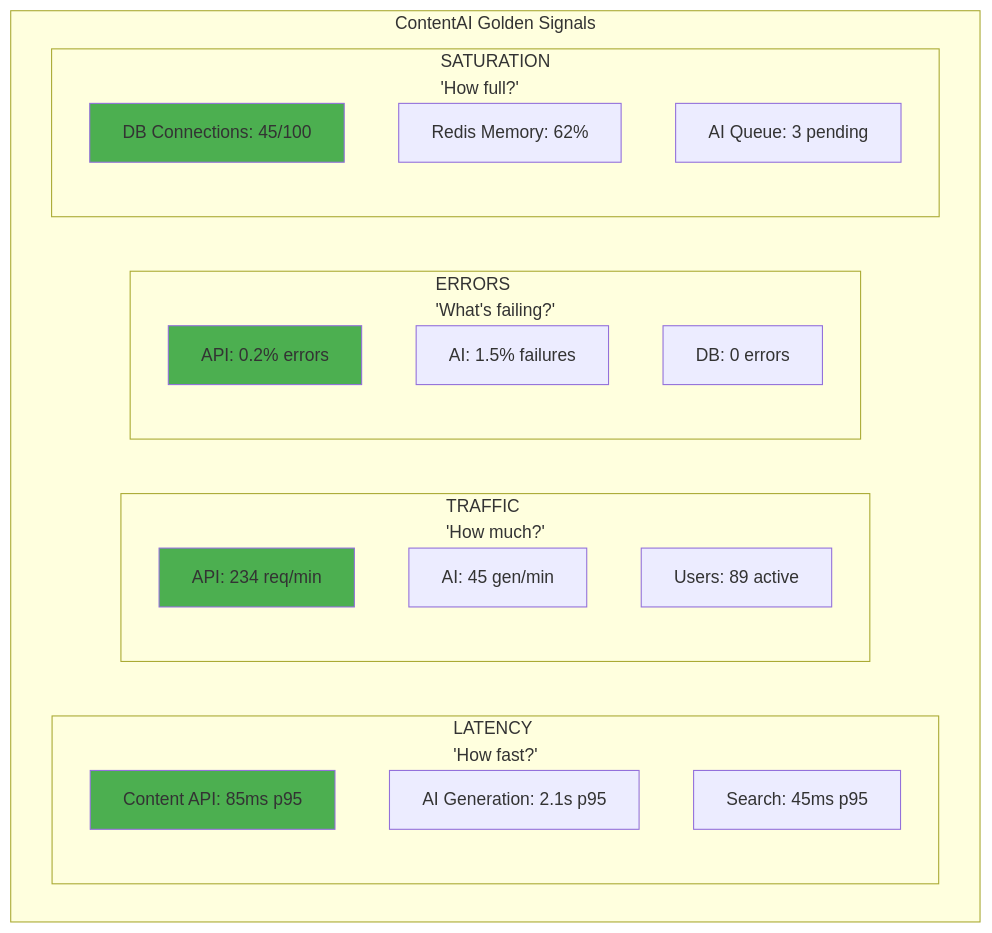
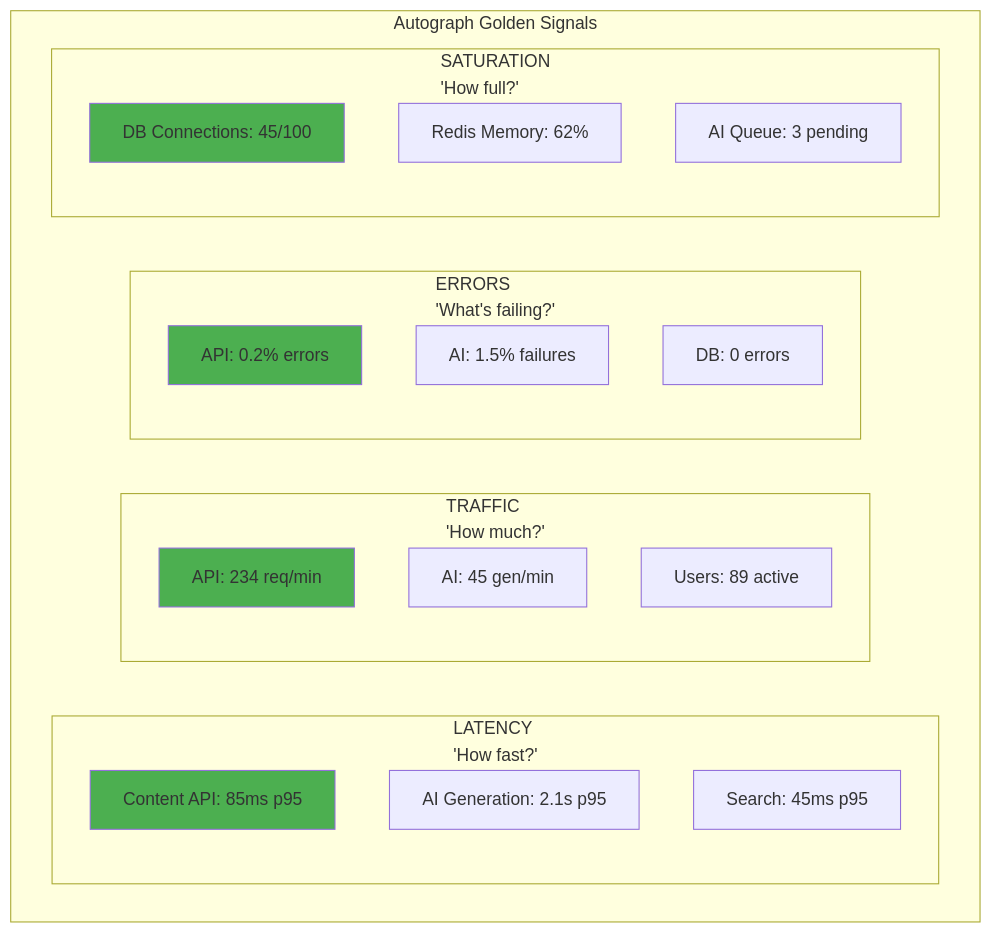
One commit to PearlThoughtsInternship/Internship-Obsidian-Vault changed diagram 11 of 11 in DevOps/03-Platform/02-Observability.md. Above: the diagram before and after it, drawn with Mermaid. The commit also changed other lines of this file and 2 other files, not shown here.

````diff
--- a/DevOps/03-Platform/02-Observability.md
+++ b/DevOps/03-Platform/02-Observability.md
@@ -668,33 +668,33 @@
 ```mermaid
 flowchart TB
-    subgraph GoldenSignals["ContentAI Golden Signals"]
+    subgraph GoldenSignals["Autograph Golden Signals"]
         subgraph Latency["LATENCY\n'How fast?'"]
             L1["Content API: 85ms p95"]
             L2["AI Generation: 2.1s p95"]
             L3["Search: 45ms p95"]
         end
 
         subgraph Traffic["TRAFFIC\n'How much?'"]
             T1["API: 234 req/min"]
             T2["AI: 45 gen/min"]
             T3["Users: 89 active"]
         end
 
         subgraph Errors["ERRORS\n'What's failing?'"]
             E1["API: 0.2% errors"]
             E2["AI: 1.5% failures"]
             E3["DB: 0 errors"]
         end
 
         subgraph Saturation["SATURATION\n'How full?'"]
             S1["DB Connections: 45/100"]
             S2["Redis Memory: 62%"]
             S3["AI Queue: 3 pending"]
         end
     end
 
     style L1 fill:#4CAF50
     style T1 fill:#4CAF50
     style E1 fill:#4CAF50
     style S1 fill:#4CAF50
 ```
````
